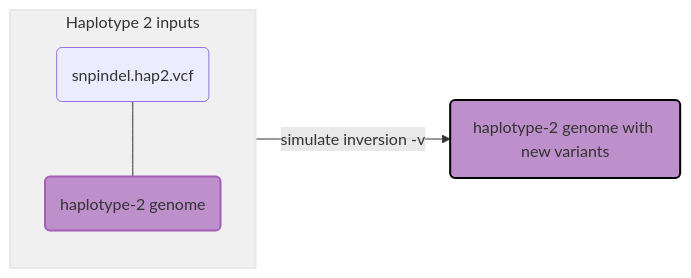
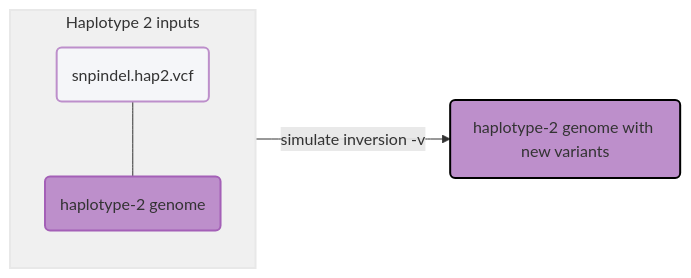
Before and after one commit to pdimens/harpy: the sixth of 6 diagrams in Modules/Simulate/simulate-variants.md, drawn with Mermaid. The commit also changed other lines of this file and 11 other files, not shown here.

Commit message:
update all mermaids

````diff
--- a/Modules/Simulate/simulate-variants.md
+++ b/Modules/Simulate/simulate-variants.md
@@ -280,10 +288,11 @@
 ```mermaid
 graph LR
     subgraph id2 ["Haplotype 2 inputs"]
-    hap1(snpindel.hap2.vcf)---geno(haplotype-2 genome)
+    hap2(snpindel.hap2.vcf)---geno(haplotype-2 genome)
     end
     id2-->|simulate inversion -v|genohap2(haplotype-2 genome with new variants)
     style id2 fill:#f0f0f0,stroke:#e8e8e8,stroke-width:2px
     style geno fill:#bd8fcb,stroke:#a460b7,stroke-width:2px
+    style hap2 fill:#f5f6f9,stroke:#bd8fcb,stroke-width:2px
     style genohap2 fill:#bd8fcb,stroke:#000000,stroke-width:2px
 ```
````
